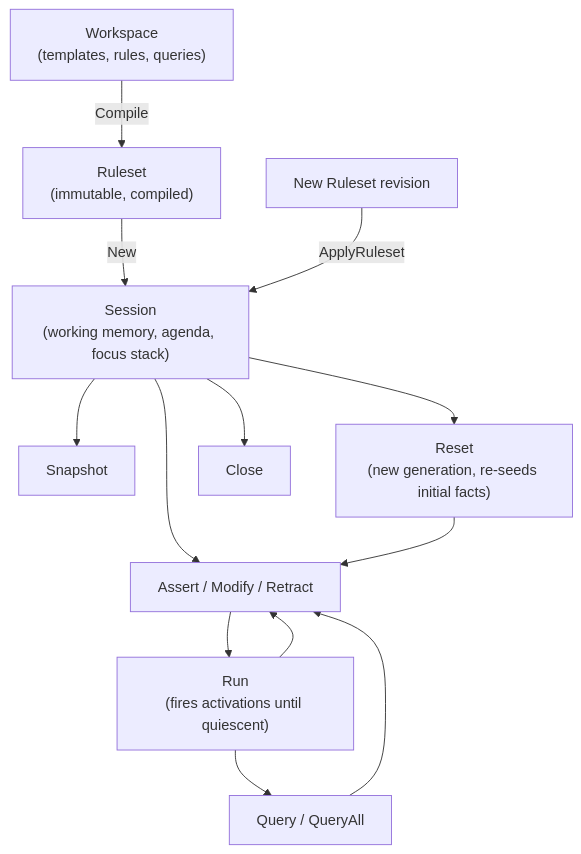
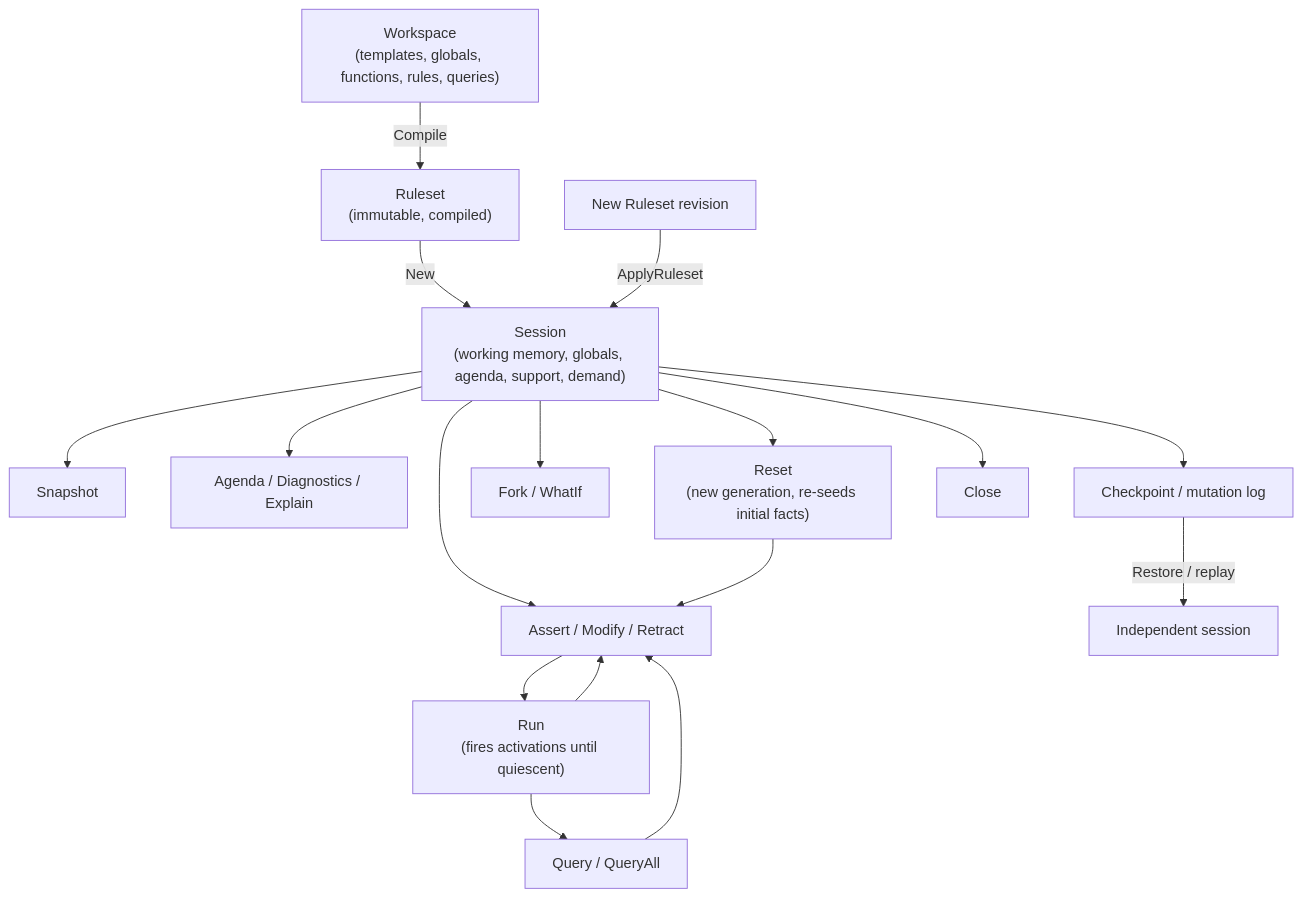
Before and after one commit to cpcf/gess: the diagram in docs/session-lifecycle.md, drawn with Mermaid. The commit also changed other lines of this file and 20 other files, not shown here.

````diff
--- a/docs/session-lifecycle.md
+++ b/docs/session-lifecycle.md
@@ -8,15 +8,19 @@
 ```mermaid
 flowchart TD
-    Workspace["Workspace<br/>(templates, rules, queries)"] -->|Compile| Ruleset["Ruleset<br/>(immutable, compiled)"]
-    Ruleset -->|New| Session["Session<br/>(working memory, agenda, focus stack)"]
+    Workspace["Workspace<br/>(templates, globals, functions, rules, queries)"] -->|Compile| Ruleset["Ruleset<br/>(immutable, compiled)"]
+    Ruleset -->|New| Session["Session<br/>(working memory, globals, agenda, support, demand)"]
     Session --> Mutate["Assert / Modify / Retract"]
     Mutate --> Run["Run<br/>(fires activations until quiescent)"]
     Run --> Mutate
     Run --> Query["Query / QueryAll"]
     Query --> Mutate
     Session --> Snapshot["Snapshot"]
+    Session --> Inspect["Agenda / Diagnostics / Explain"]
+    Session --> Checkpoint["Checkpoint / mutation log"]
+    Checkpoint -->|Restore / replay| Restored["Independent session"]
+    Session --> Fork["Fork / WhatIf"]
     Session --> Reset["Reset<br/>(new generation, re-seeds initial facts)"]
     Reset --> Mutate
     Ruleset2["New Ruleset revision"] -->|ApplyRuleset| Session
     Session --> Close["Close"]
 ```
````
